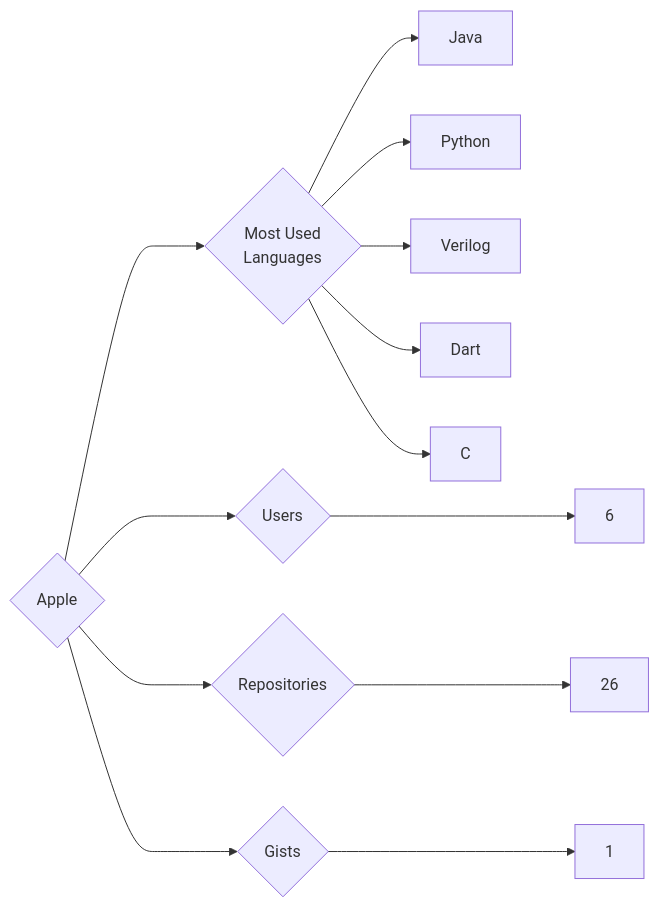
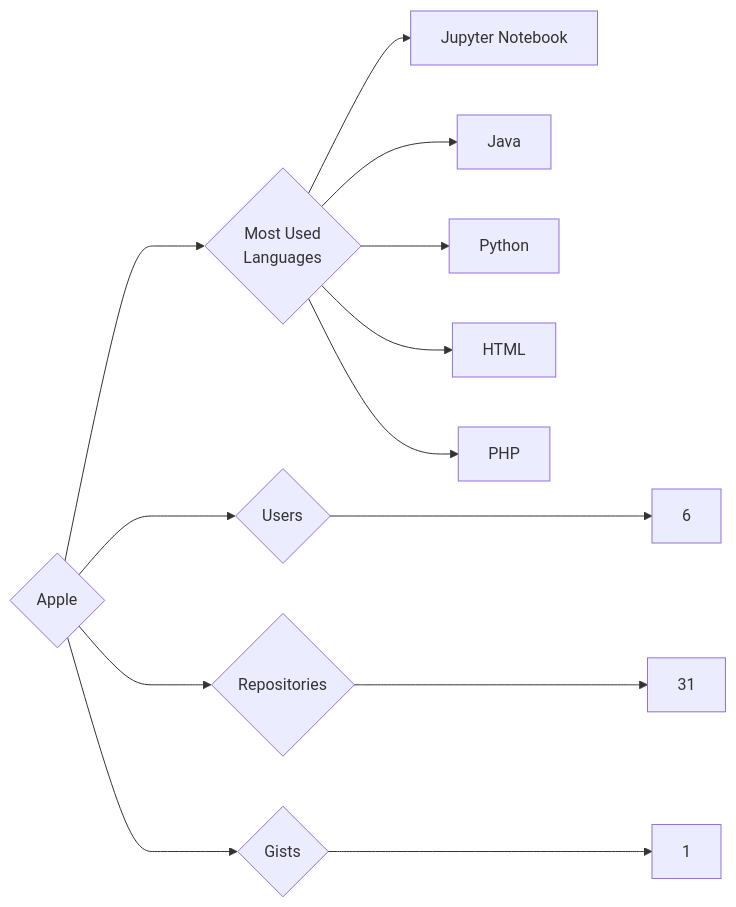
Before and after one commit to trickest/insiders: the diagram in targets/Apple/README.md, drawn with Mermaid. The commit also changed 1170 other files, not shown here.

````diff
--- a/targets/Apple/README.md
+++ b/targets/Apple/README.md
@@ -3,13 +3,13 @@
 ```mermaid
 graph LR
 COMPANY_NAME{Apple}
 COMPANY_NAME ---> U{Users} ---> UN[6]
-COMPANY_NAME ---> R{Repositories} ---> RN[26]
+COMPANY_NAME ---> R{Repositories} ---> RN[31]
 COMPANY_NAME ---> G{Gists} ---> GN[1]
 COMPANY_NAME ---> ML{Most Used<br>Languages}
+ML --> Jupyter_Notebook[Jupyter Notebook]
 ML --> Java[Java]
 ML --> Python[Python]
-ML --> Verilog[Verilog]
-ML --> Dart[Dart]
-ML --> C[C]
+ML --> HTML[HTML]
+ML --> PHP[PHP]
 ```
````
